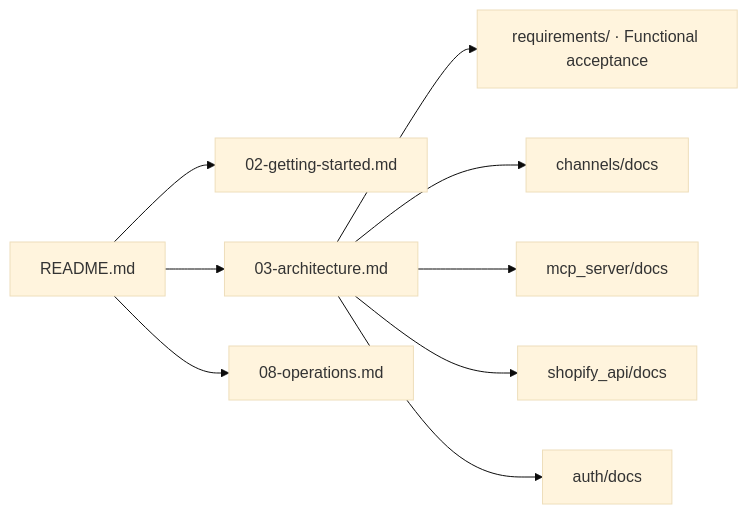
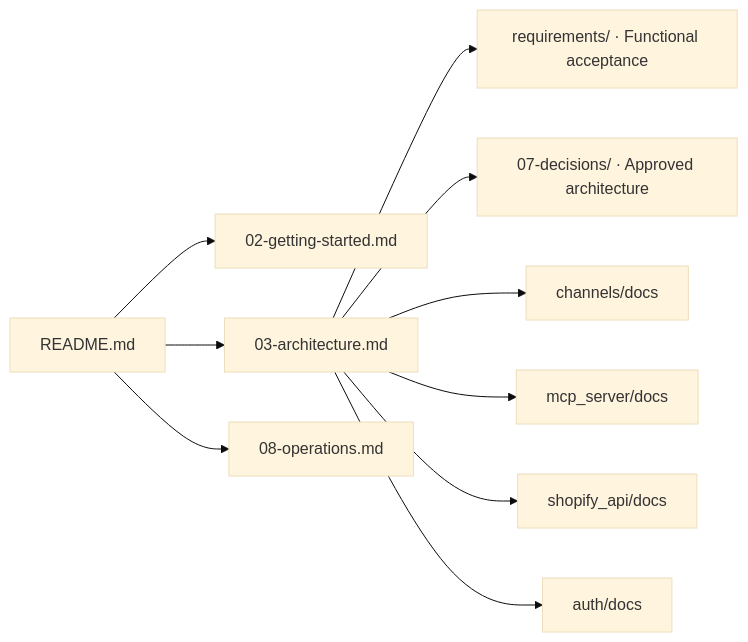
Before and after one commit to AADigitalBusiness/agos-services: the diagram in docs/00-map.md, drawn with Mermaid (base theme). The commit also changed other lines of this file, not shown here.

Commit message:
docs(aad): link accepted architecture decisions

````diff
--- a/docs/00-map.md
+++ b/docs/00-map.md
@@ -5,11 +5,12 @@
 ```mermaid
 flowchart LR
   R["README.md"] --> S["02-getting-started.md"]
   R --> A["03-architecture.md"]
   R --> O["08-operations.md"]
   A --> Q["requirements/ · Functional acceptance"]
+  A --> D["07-decisions/ · Approved architecture"]
   A --> C["channels/docs"]
   A --> M["mcp_server/docs"]
   A --> P["shopify_api/docs"]
   A --> H["auth/docs"]
 ```
````
